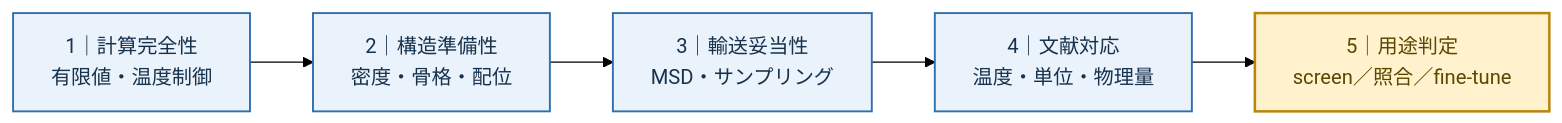
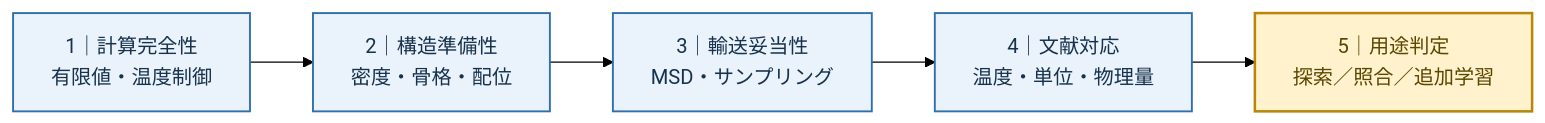
The fifth of 9 diagrams in docs/presentations/pretrained_potential_screening_proposal_7min_ja.md (Long-Brian-Yang/li-research), drawn with Mermaid (forest theme) before and after one commit. The commit also changed other lines of this file, not shown here.

````diff
--- a/docs/presentations/pretrained_potential_screening_proposal_7min_ja.md
+++ b/docs/presentations/pretrained_potential_screening_proposal_7min_ja.md
@@ -482,12 +482,12 @@
 ```mermaid
 flowchart LR
     A["1｜計算完全性<br/>有限値・温度制御"] --> B["2｜構造準備性<br/>密度・骨格・配位"]
     B --> C["3｜輸送妥当性<br/>MSD・サンプリング"]
     C --> D["4｜文献対応<br/>温度・単位・物理量"]
-    D --> E["5｜用途判定<br/>screen／照合／fine-tune"]
+    D --> E["5｜用途判定<br/>探索／照合／追加学習"]
 
     classDef check fill:#eaf2fb,stroke:#2f6fad,color:#17324d,stroke-width:1.5px;
     classDef decision fill:#fff2cc,stroke:#b8860b,color:#5c4700,stroke-width:2px;
     class A,B,C,D check;
     class E decision;
 ```
````
